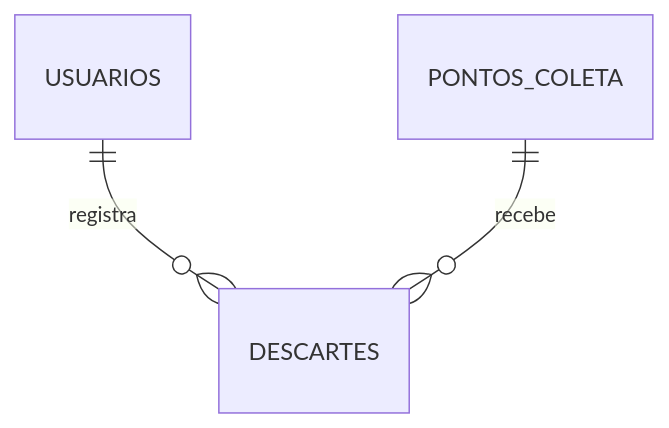
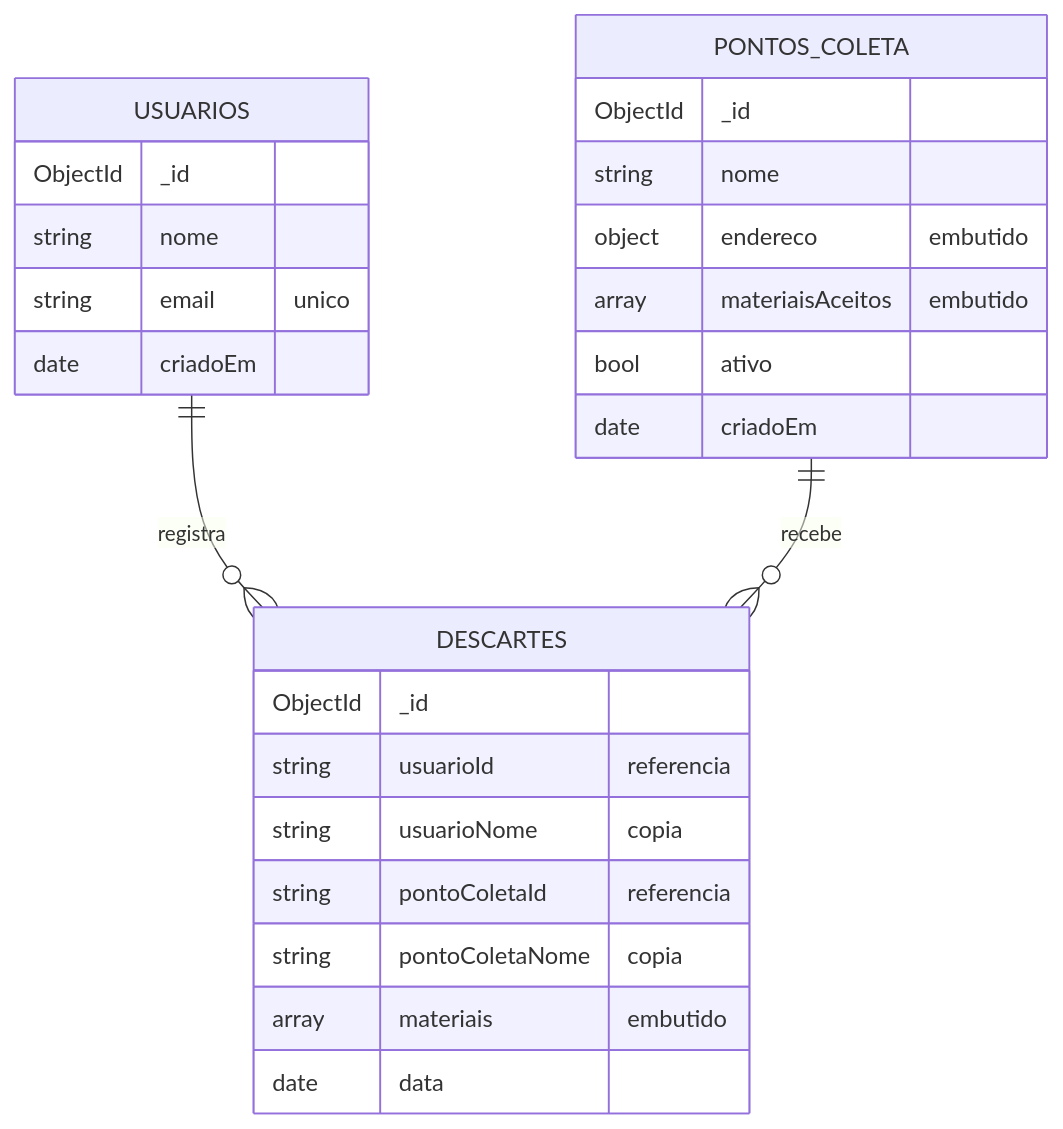
One commit to LICObr/AEP-Esoft6C-EcoTrack changed the diagram in docs/modelagem-nosql.md. Above: the diagram before and after it, drawn with Mermaid. The commit also changed other lines of this file, not shown here.

````diff
--- a/docs/modelagem-nosql.md
+++ b/docs/modelagem-nosql.md
@@ -28,5 +7,28 @@
 ```mermaid
 erDiagram
+    USUARIOS {
+        ObjectId _id
+        string nome
+        string email "unico"
+        date criadoEm
+    }
+    PONTOS_COLETA {
+        ObjectId _id
+        string nome
+        object endereco "embutido"
+        array materiaisAceitos "embutido"
+        bool ativo
+        date criadoEm
+    }
+    DESCARTES {
+        ObjectId _id
+        string usuarioId "referencia"
+        string usuarioNome "copia"
+        string pontoColetaId "referencia"
+        string pontoColetaNome "copia"
+        array materiais "embutido"
+        date data
+    }
     USUARIOS ||--o{ DESCARTES : registra
     PONTOS_COLETA ||--o{ DESCARTES : recebe
 ```
````
